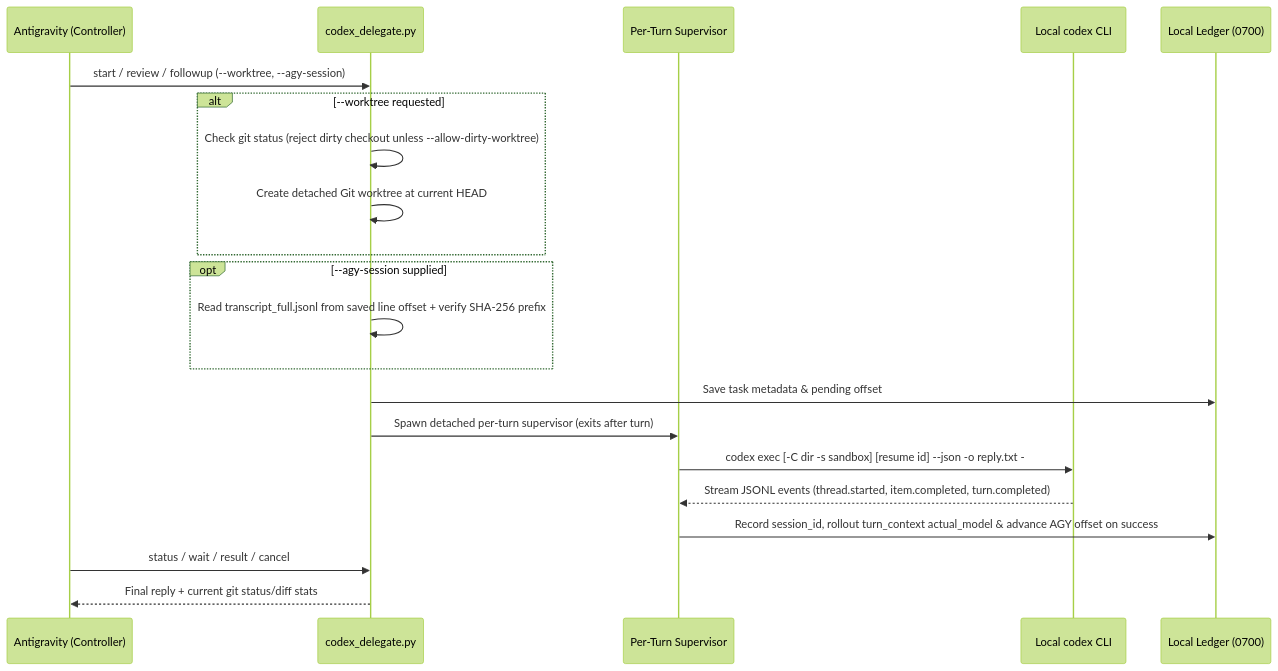
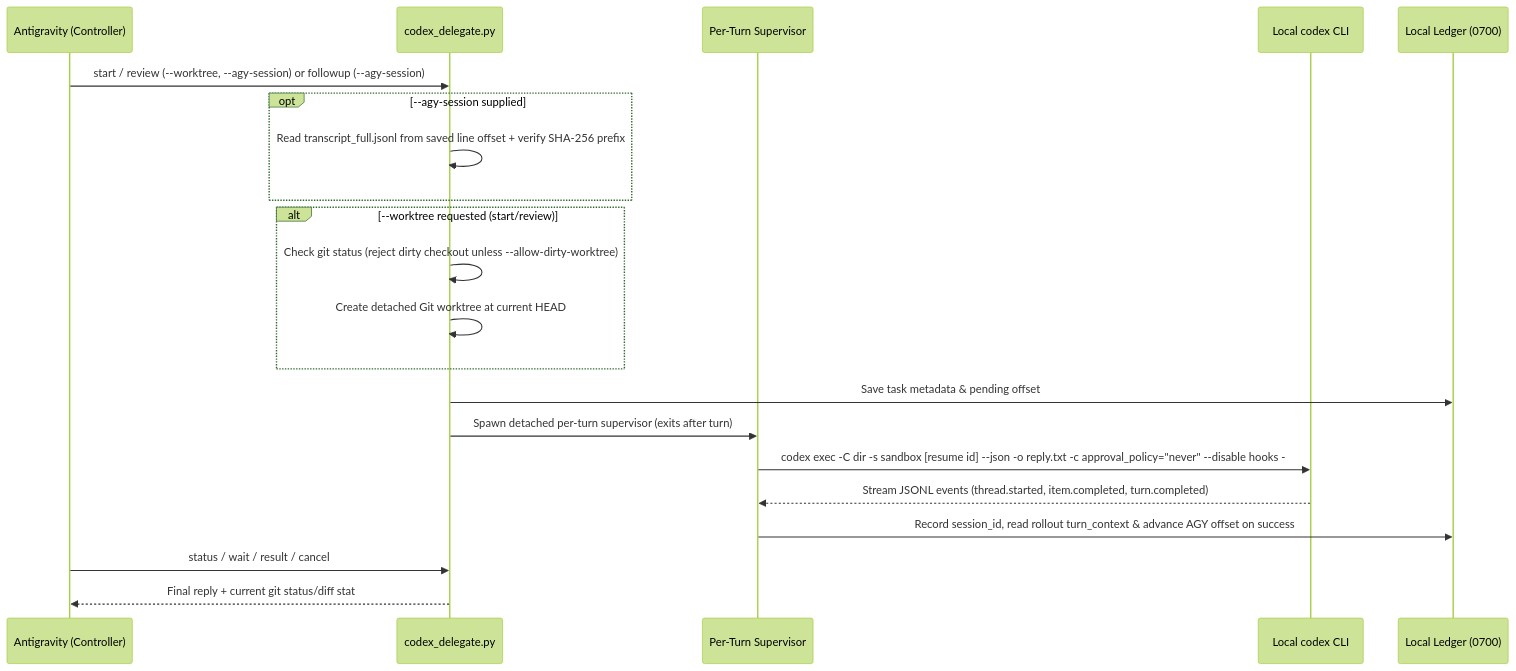
The second of 3 diagrams in README.md (Al-assad/codex-antigravity-delegate), drawn with Mermaid (forest theme) before and after one commit. The commit also changed other lines of this file and 5 other files, not shown here.

Commit message:
docs & i18n: English CLI/brief strings and address README review feedback

````diff
--- a/README.md
+++ b/README.md
@@ -229,24 +264,24 @@
 ```mermaid
 sequenceDiagram
     participant AGY as Antigravity (Controller)
     participant CLI as codex_delegate.py
     participant SUP as Per-Turn Supervisor
     participant CDX as Local codex CLI
     participant LED as Local Ledger (0700)
 
-    AGY->>CLI: start / review / followup (--worktree, --agy-session)
-    alt --worktree requested
+    AGY->>CLI: start / review (--worktree, --agy-session) or followup (--agy-session)
+    opt --agy-session supplied
+        CLI->>CLI: Read transcript_full.jsonl from saved line offset + verify SHA-256 prefix
+    end
+    alt --worktree requested (start/review)
         CLI->>CLI: Check git status (reject dirty checkout unless --allow-dirty-worktree)
         CLI->>CLI: Create detached Git worktree at current HEAD
     end
-    opt --agy-session supplied
-        CLI->>CLI: Read transcript_full.jsonl from saved line offset + verify SHA-256 prefix
-    end
     CLI->>LED: Save task metadata & pending offset
     CLI->>SUP: Spawn detached per-turn supervisor (exits after turn)
-    SUP->>CDX: codex exec [-C dir -s sandbox] [resume id] --json -o reply.txt -
+    SUP->>CDX: codex exec -C dir -s sandbox [resume id] --json -o reply.txt -c approval_policy="never" --disable hooks -
     CDX-->>SUP: Stream JSONL events (thread.started, item.completed, turn.completed)
-    SUP->>LED: Record session_id, rollout turn_context actual_model & advance AGY offset on success
+    SUP->>LED: Record session_id, read rollout turn_context & advance AGY offset on success
     AGY->>CLI: status / wait / result / cancel
-    CLI-->>AGY: Final reply + current git status/diff stats
+    CLI-->>AGY: Final reply + current git status/diff stat
 ```
````
